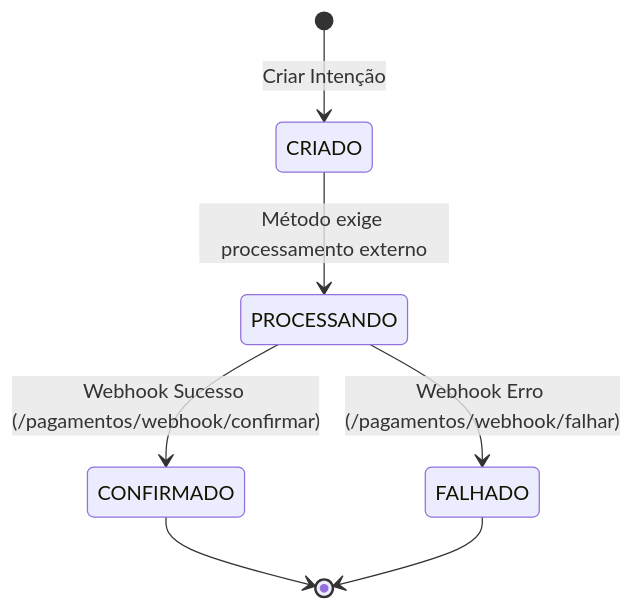
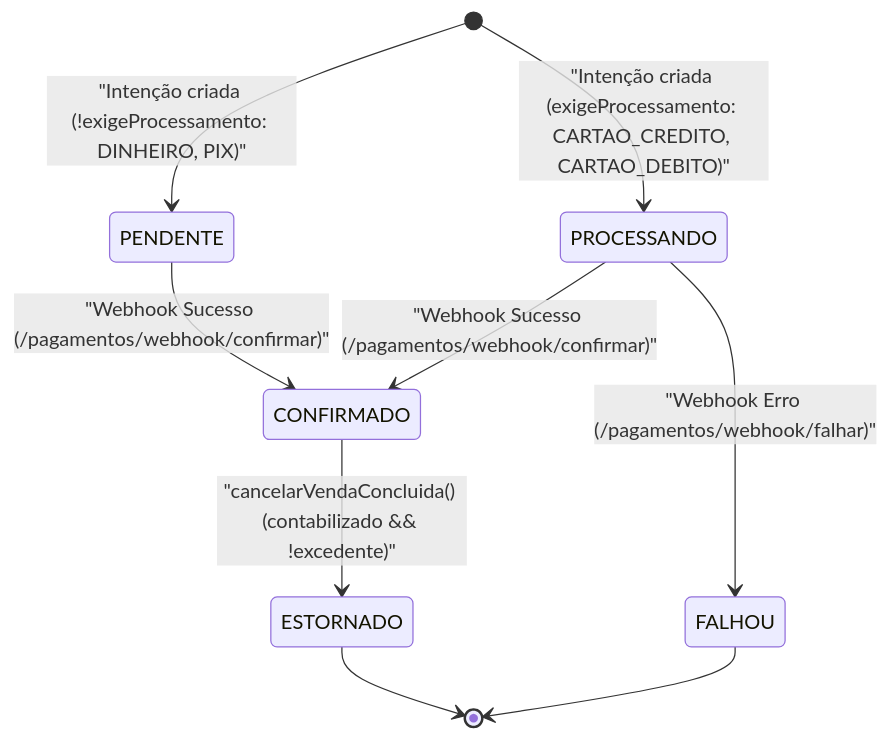
One commit to iXDGabrielTK/petshop-microservices changed the second of 4 diagrams in docs/domains/checkout.md. Above: the diagram before and after it, drawn with Mermaid. The commit also changed other lines of this file and 59 other files, not shown here.

````diff
--- a/docs/domains/checkout.md
+++ b/docs/domains/checkout.md
@@ -38,10 +51,13 @@
 ```mermaid
 stateDiagram-v2
-    [*] --> CRIADO: Criar Intenção
-    CRIADO --> PROCESSANDO: Método exige processamento externo
-    PROCESSANDO --> CONFIRMADO: Webhook Sucesso (/pagamentos/webhook/confirmar)
-    PROCESSANDO --> FALHADO: Webhook Erro (/pagamentos/webhook/falhar)
-    
-    CONFIRMADO --> [*]
-    FALHADO --> [*]
+    [*] --> PENDENTE: "Intenção criada (!exigeProcessamento: DINHEIRO, PIX)"
+    [*] --> PROCESSANDO: "Intenção criada (exigeProcessamento: CARTAO_CREDITO, CARTAO_DEBITO)"
+
+    PENDENTE --> CONFIRMADO: "Webhook Sucesso (/pagamentos/webhook/confirmar)"
+    PROCESSANDO --> CONFIRMADO: "Webhook Sucesso (/pagamentos/webhook/confirmar)"
+    PROCESSANDO --> FALHOU: "Webhook Erro (/pagamentos/webhook/falhar)"
+    CONFIRMADO --> ESTORNADO: "cancelarVendaConcluida() (contabilizado && !excedente)"
+
+    FALHOU --> [*]
+    ESTORNADO --> [*]
 ```
````
